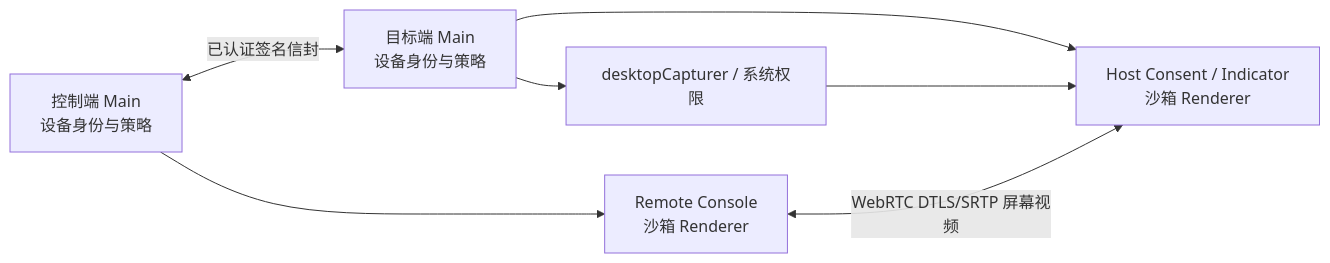
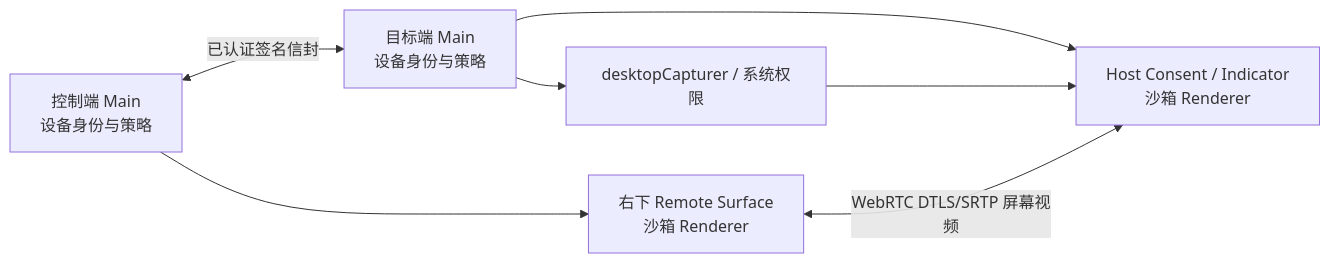
The diagram in docs/ADR_PERSONAL_MESH_REMOTE_VIEW.md (shuqianglin1997/agent-desk), drawn with Mermaid before and after one commit. The commit also changed other lines of this file and 32 other files, not shown here.

````diff
--- a/docs/ADR_PERSONAL_MESH_REMOTE_VIEW.md
+++ b/docs/ADR_PERSONAL_MESH_REMOTE_VIEW.md
@@ -22,9 +22,9 @@
 ```mermaid
 flowchart LR
   CMain["控制端 Main\n设备身份与策略"] <-->|"已认证签名信封"| TMain["目标端 Main\n设备身份与策略"]
-  CMain --> CUI["Remote Console\n沙箱 Renderer"]
+  CMain --> CUI["右下 Remote Surface\n沙箱 Renderer"]
   TMain --> HUI["Host Consent / Indicator\n沙箱 Renderer"]
   CUI <-->|"WebRTC DTLS/SRTP 屏幕视频"| HUI
   TMain --> CAP["desktopCapturer / 系统权限"]
   CAP --> HUI
 ```
````
